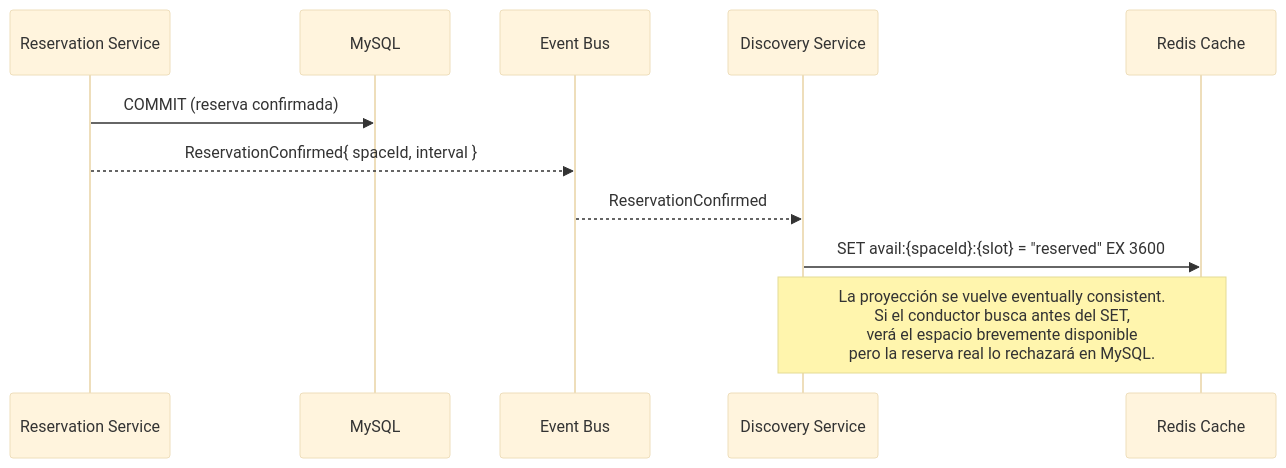
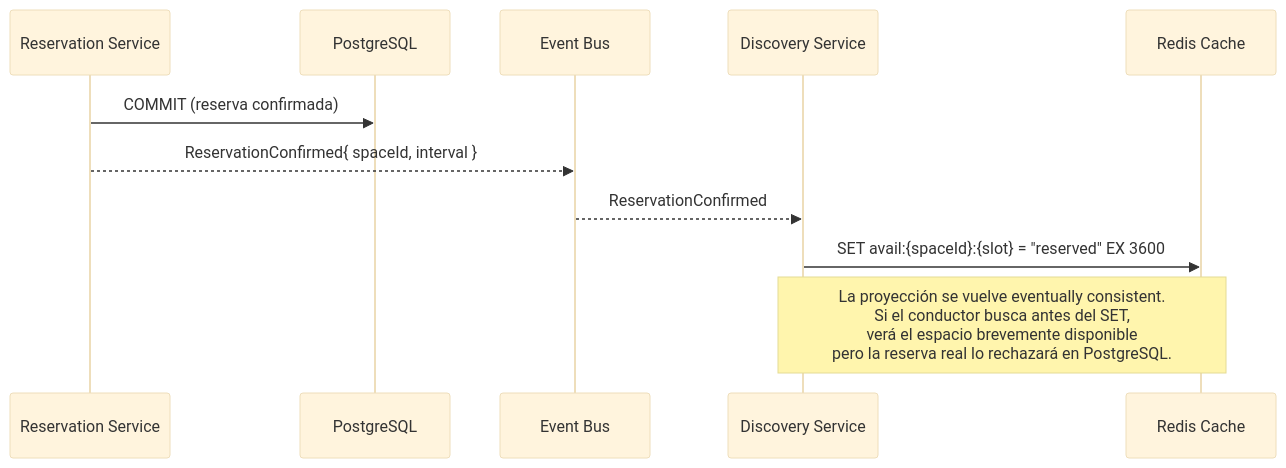
One commit to 1ASI0657-2610-17949-ParkLink/ParkLink-Report changed the eighth of 12 diagrams in README.md. Above: the diagram before and after it, drawn with Mermaid (base theme). The commit also changed other lines of this file, not shown here.

Commit message:
fix: actualizar referencias de MySQL a PostgreSQL en dokumentación

````diff
--- a/README.md
+++ b/README.md
@@ -1495,14 +1495,14 @@
 ```mermaid
 sequenceDiagram
     participant R as Reservation Service
-    participant DB as MySQL
+    participant DB as PostgreSQL
     participant Bus as Event Bus
     participant D as Discovery Service
     participant C as Redis Cache
 
     R->>DB: COMMIT (reserva confirmada)
     R-->>Bus: ReservationConfirmed{ spaceId, interval }
     Bus-->>D: ReservationConfirmed
     D->>C: SET avail:{spaceId}:{slot} = "reserved" EX 3600
-    Note over D,C: La proyección se vuelve eventually consistent.<br/>Si el conductor busca antes del SET,<br/>verá el espacio brevemente disponible<br/>pero la reserva real lo rechazará en MySQL.
+    Note over D,C: La proyección se vuelve eventually consistent.<br/>Si el conductor busca antes del SET,<br/>verá el espacio brevemente disponible<br/>pero la reserva real lo rechazará en PostgreSQL.
 ```
````
